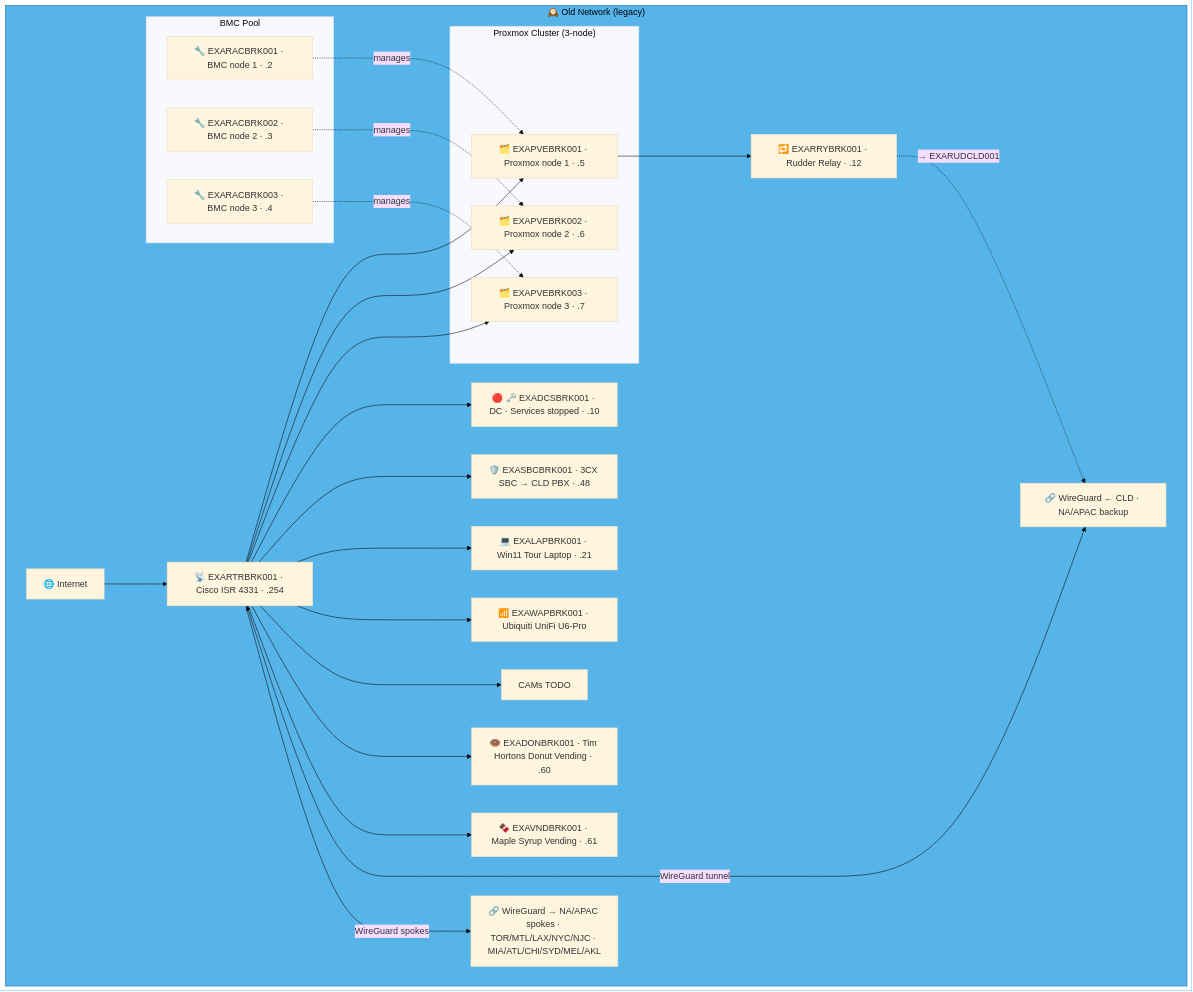
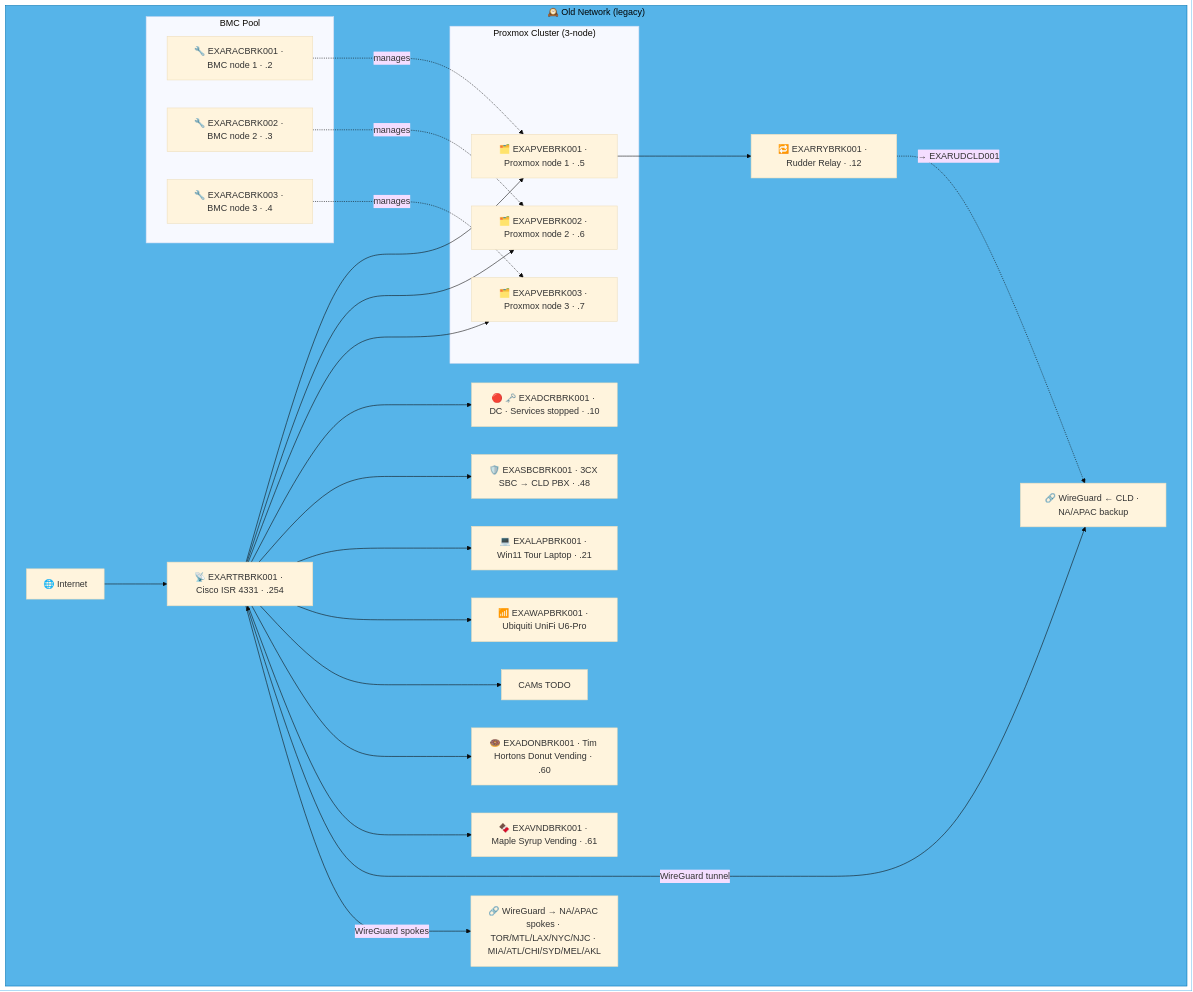
The second of 8 diagrams in docs/network-diagram/canada.md (knightmare2600/example_music_infra), drawn with Mermaid (base theme) before and after one commit. The commit also changed other lines of this file and 8 other files, not shown here.

````diff
--- a/docs/network-diagram/canada.md
+++ b/docs/network-diagram/canada.md
@@ -95,44 +85,44 @@
 ```mermaid
 graph TD
     subgraph OLD_BRK ["🕰️ Old Network (legacy)"]
       INET["🌐 Internet"]
       RTR["📡 EXARTRBRK001 · Cisco ISR 4331 · .254"]
 
       subgraph BMC ["BMC Pool"]
           RAC1["🔧 EXARACBRK001 · BMC node 1 · .2"]
           RAC2["🔧 EXARACBRK002 · BMC node 2 · .3"]
           RAC3["🔧 EXARACBRK003 · BMC node 3 · .4"]
       end
 
       subgraph PVE ["Proxmox Cluster (3-node)"]
           PVE1["🗂️ EXAPVEBRK001 · Proxmox node 1 · .5"]
           PVE2["🗂️ EXAPVEBRK002 · Proxmox node 2 · .6"]
           PVE3["🗂️ EXAPVEBRK003 · Proxmox node 3 · .7"]
       end
 
-      DC["🔴 🗝️ EXADCSBRK001 · DC · Services stopped · .10"]
+      DC["🔴 🗝️ EXADCRBRK001 · DC · Services stopped · .10"]
       SBC["🛡️ EXASBCBRK001 · 3CX SBC → CLD PBX · .48"]
       RRY["🔁 EXARRYBRK001 · Rudder Relay · .12"]
       LAP["💻 EXALAPBRK001 · Win11 Tour Laptop · .21"]
       WAP["📶 EXAWAPBRK001 · Ubiquiti UniFi U6-Pro"]
       CAM["CAMs TODO"]
       VND1["🍩 EXADONBRK001 · Tim Hortons Donut Vending · .60"]
       VND2["🍫 EXAVNDBRK001 · Maple Syrup Vending · .61"]
       VPN_CLD["🔗 WireGuard ← CLD · NA/APAC backup"]
       VPN_NA["🔗 WireGuard → NA/APAC spokes · TOR/MTL/LAX/NYC/NJC · MIA/ATL/CHI/SYD/MEL/AKL"]
 
       INET --> RTR
       RTR --> PVE1 & PVE2 & PVE3
       RTR --> DC & SBC
       RAC1 -.->|"manages"| PVE1
       RAC2 -.->|"manages"| PVE2
       RAC3 -.->|"manages"| PVE3
       RTR --> LAP & WAP & CAM & VND1 & VND2
       RTR <-->|"WireGuard tunnel"| VPN_CLD
       RTR -->|"WireGuard spokes"| VPN_NA
 
       PVE1 --> RRY
       RRY -. "→ EXARUDCLD001" .-> VPN_CLD
     end
     style OLD_BRK fill:#56B4E9,stroke:#0072B2,color:#000000
 ```
````
